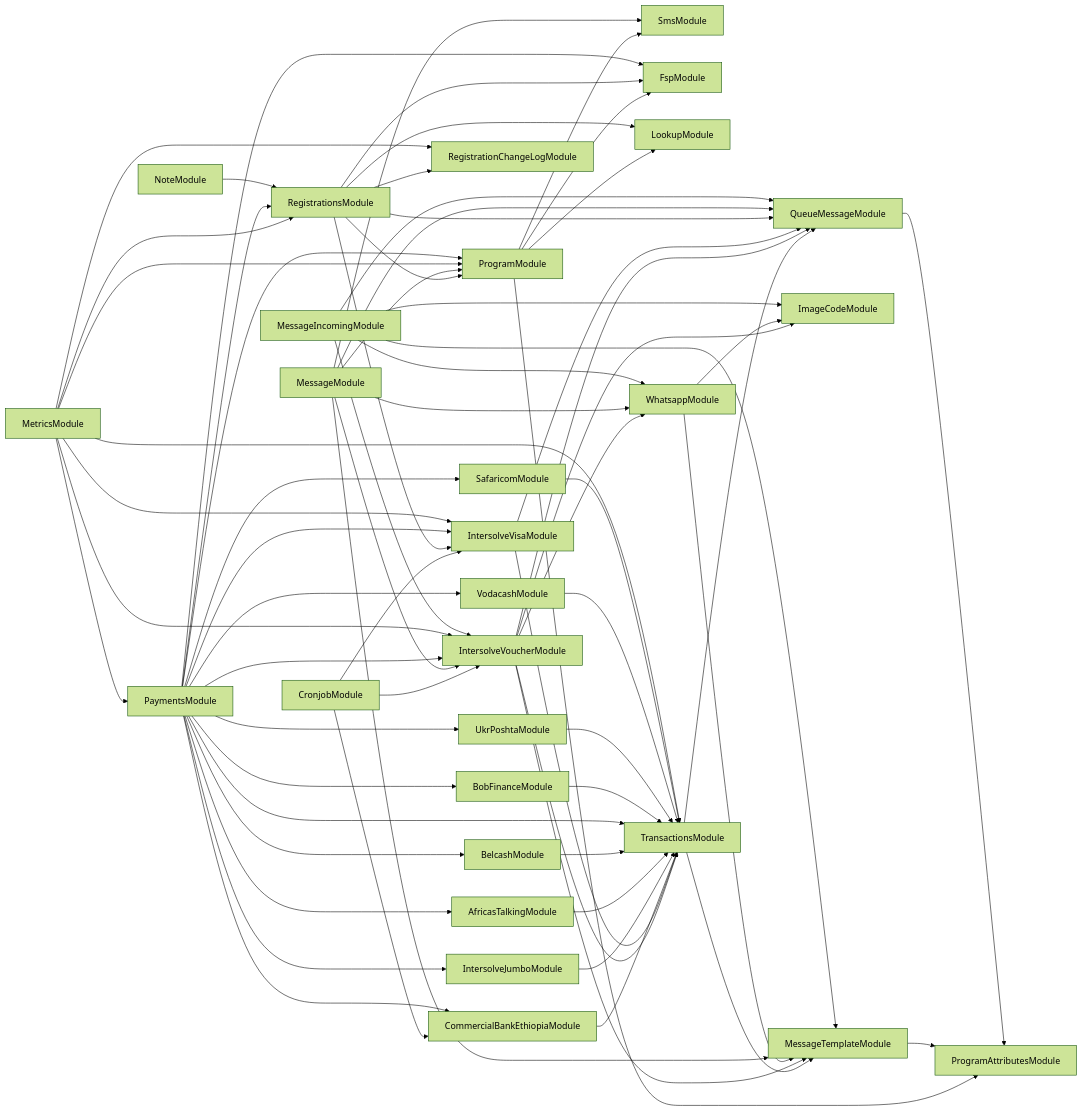
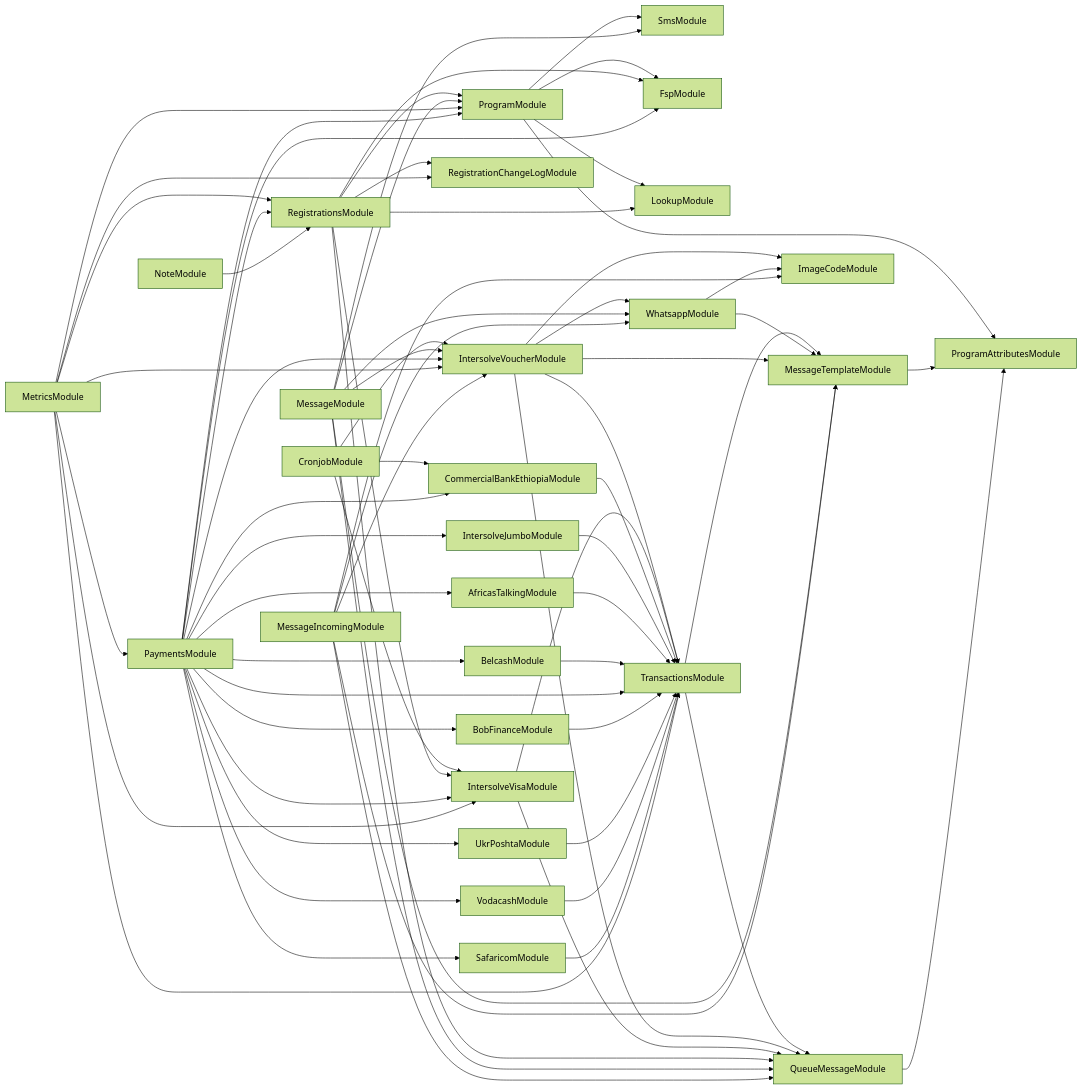
The diagram in services/121-service/module-dependencies.md (global-121/121-platform), drawn with Mermaid (forest theme) before and after one commit. The commit also changed other lines of this file and 4 other files, not shown here.

````diff
--- a/services/121-service/module-dependencies.md
+++ b/services/121-service/module-dependencies.md
@@ -3,70 +3,70 @@
 ```mermaid
 graph LR
   ProgramModule-->SmsModule
   ProgramModule-->FspModule
   ProgramModule-->LookupModule
   ProgramModule-->ProgramAttributesModule
   MessageTemplateModule-->ProgramAttributesModule
   CronjobModule-->IntersolveVoucherModule
   IntersolveVoucherModule-->ImageCodeModule
   IntersolveVoucherModule-->TransactionsModule
   TransactionsModule-->QueueMessageModule
   QueueMessageModule-->ProgramAttributesModule
   TransactionsModule-->MessageTemplateModule
   IntersolveVoucherModule-->WhatsappModule
+  WhatsappModule-->ImageCodeModule
+  WhatsappModule-->MessageTemplateModule
   IntersolveVoucherModule-->QueueMessageModule
   IntersolveVoucherModule-->MessageTemplateModule
   CronjobModule-->IntersolveVisaModule
   IntersolveVisaModule-->TransactionsModule
   IntersolveVisaModule-->QueueMessageModule
   CronjobModule-->CommercialBankEthiopiaModule
   CommercialBankEthiopiaModule-->TransactionsModule
   RegistrationsModule-->LookupModule
   RegistrationsModule-->ProgramModule
   RegistrationsModule-->FspModule
   RegistrationsModule-->QueueMessageModule
   RegistrationsModule-->IntersolveVisaModule
   RegistrationsModule-->RegistrationChangeLogModule
   MessageModule-->WhatsappModule
-  WhatsappModule-->ImageCodeModule
-  WhatsappModule-->MessageTemplateModule
   MessageModule-->SmsModule
   MessageModule-->QueueMessageModule
   MessageModule-->IntersolveVoucherModule
   MessageModule-->MessageTemplateModule
   MessageModule-->ProgramModule
   MetricsModule-->ProgramModule
   MetricsModule-->RegistrationsModule
   MetricsModule-->PaymentsModule
   PaymentsModule-->FspModule
   PaymentsModule-->IntersolveVoucherModule
   PaymentsModule-->IntersolveVisaModule
   PaymentsModule-->IntersolveJumboModule
   IntersolveJumboModule-->TransactionsModule
   PaymentsModule-->AfricasTalkingModule
   AfricasTalkingModule-->TransactionsModule
   PaymentsModule-->BelcashModule
   BelcashModule-->TransactionsModule
   PaymentsModule-->TransactionsModule
   PaymentsModule-->BobFinanceModule
   BobFinanceModule-->TransactionsModule
   PaymentsModule-->UkrPoshtaModule
   UkrPoshtaModule-->TransactionsModule
   PaymentsModule-->VodacashModule
   VodacashModule-->TransactionsModule
   PaymentsModule-->SafaricomModule
   SafaricomModule-->TransactionsModule
   PaymentsModule-->CommercialBankEthiopiaModule
   PaymentsModule-->RegistrationsModule
   PaymentsModule-->ProgramModule
   MetricsModule-->TransactionsModule
   MetricsModule-->IntersolveVisaModule
   MetricsModule-->IntersolveVoucherModule
   MetricsModule-->RegistrationChangeLogModule
   MessageIncomingModule-->ImageCodeModule
   MessageIncomingModule-->IntersolveVoucherModule
   MessageIncomingModule-->WhatsappModule
   MessageIncomingModule-->QueueMessageModule
   MessageIncomingModule-->MessageTemplateModule
   NoteModule-->RegistrationsModule
 ```
````
